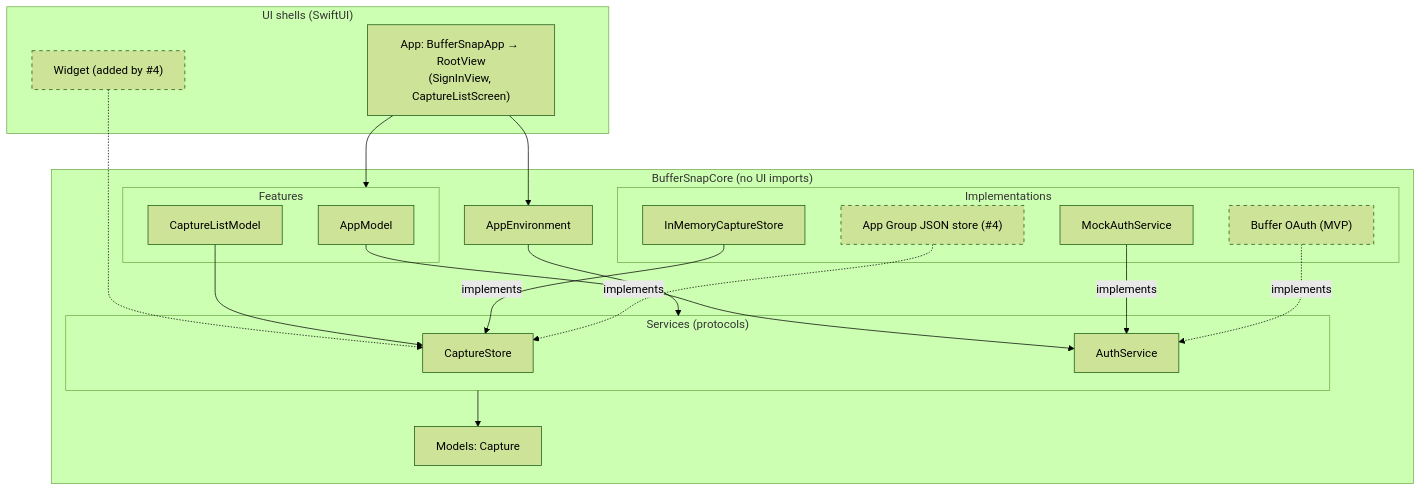
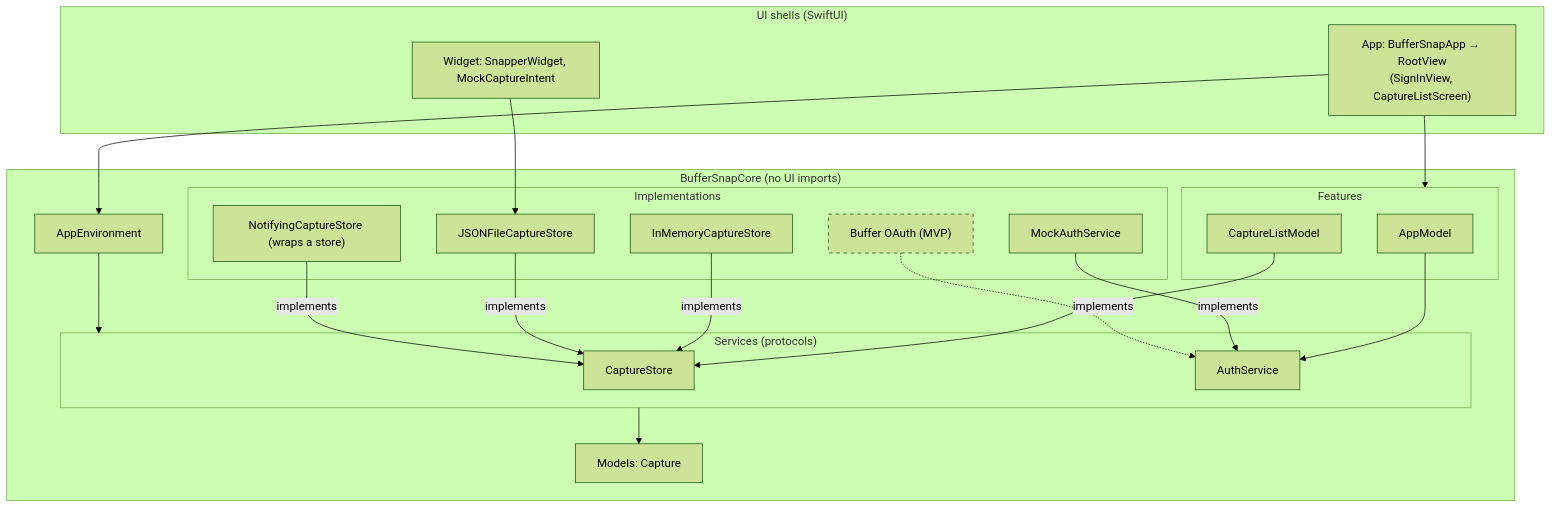
Before and after one commit to southp/buffer-snap: the first of 2 diagrams in docs/architecture.md, drawn with Mermaid (forest theme). The commit also changed other lines of this file and 3 other files, not shown here.

First line of the commit message:
Docs: Describe the widget and the shared store

````diff
--- a/docs/architecture.md
+++ b/docs/architecture.md
@@ -24,41 +27,43 @@
 ```mermaid
 flowchart TD
     subgraph shells["UI shells (SwiftUI)"]
         App["App: BufferSnapApp → RootView<br/>(SignInView, CaptureListScreen)"]
-        Widget["Widget (added by #35;4)"]
+        Widget["Widget: SnapperWidget, MockCaptureIntent"]
     end
 
     subgraph core["BufferSnapCore (no UI imports)"]
         Env["AppEnvironment"]
         subgraph features["Features"]
             AppModel["AppModel"]
             CaptureListModel["CaptureListModel"]
         end
         subgraph services["Services (protocols)"]
             CaptureStore["CaptureStore"]
             AuthService["AuthService"]
         end
         subgraph impls["Implementations"]
             InMemory["InMemoryCaptureStore"]
             MockAuth["MockAuthService"]
-            FileStore["App Group JSON store (#35;4)"]
+            FileStore["JSONFileCaptureStore"]
+            Notifying["NotifyingCaptureStore (wraps a store)"]
             OAuth["Buffer OAuth (MVP)"]
         end
         Capture["Models: Capture"]
     end
 
     App --> Env
     App --> features
-    Widget -.-> CaptureStore
+    Widget --> FileStore
     Env --> services
     AppModel --> AuthService
     CaptureListModel --> CaptureStore
     InMemory -->|implements| CaptureStore
-    FileStore -.->|implements| CaptureStore
+    FileStore -->|implements| CaptureStore
+    Notifying -->|implements| CaptureStore
     MockAuth -->|implements| AuthService
     OAuth -.->|implements| AuthService
     services --> Capture
 
     classDef planned stroke-dasharray: 5 5
-    class Widget,FileStore,OAuth planned
+    class OAuth planned
 ```
````
